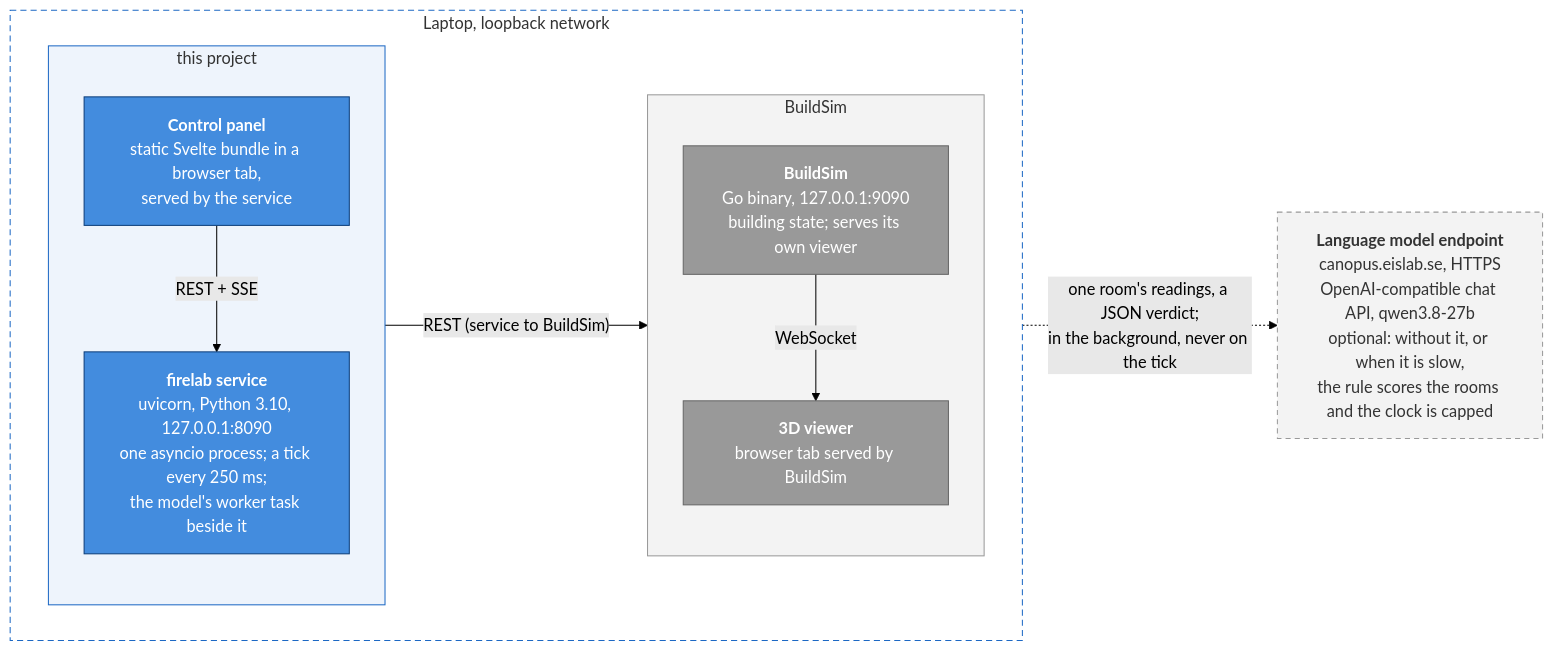
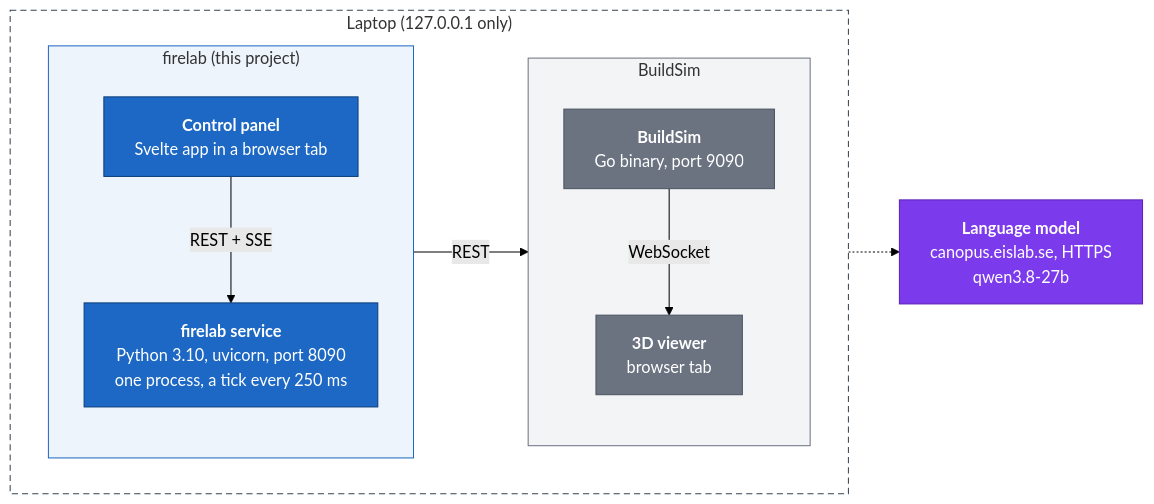
One commit to Ekpenyong-Esu/BuildSim-FireDetection changed the diagram in firelab/Embedded_Intelligence_at_the_edge_Project_Proposal/images/deploy.mmd. Above: the diagram before and after it, drawn with Mermaid (forest theme). The commit also changed 30 other files, not shown here.

```diff
--- a/firelab/Embedded_Intelligence_at_the_edge_Project_Proposal/images/deploy.mmd
+++ b/firelab/Embedded_Intelligence_at_the_edge_Project_Proposal/images/deploy.mmd
@@ -1,29 +1,30 @@
-%% Deployment view: two processes, two tabs, loopback only; one optional call out
+%%{init: {"flowchart": {"wrappingWidth": 320}}}%%
+%% Deployment view: two processes and two browser tabs on one laptop, one call out
 flowchart LR
-  subgraph LAPTOP["Laptop, loopback network"]
+  subgraph LAPTOP["Laptop (127.0.0.1 only)"]
     direction LR
-    subgraph FIRE["this project"]
+    subgraph FIRE["firelab (this project)"]
       direction TB
-      PANEL["<b>Control panel</b><br/>static Svelte bundle in a browser tab,<br/>served by the service"]
-      SVC["<b>firelab service</b><br/>uvicorn, Python 3.10, 127.0.0.1:8090<br/>one asyncio process; a tick every 250 ms;<br/>the model's worker task beside it"]
+      PANEL["<b>Control panel</b><br/>Svelte app in a browser tab"]
+      SVC["<b>firelab service</b><br/>Python 3.10, uvicorn, port 8090<br/>one process, a tick every 250 ms"]
       PANEL -- "REST + SSE" --> SVC
     end
     subgraph BSIDE["BuildSim"]
       direction TB
-      BS["<b>BuildSim</b><br/>Go binary, 127.0.0.1:9090<br/>building state; serves its own viewer"]
-      VIEWER["<b>3D viewer</b><br/>browser tab served by BuildSim"]
+      BS["<b>BuildSim</b><br/>Go binary, port 9090"]
+      VIEWER["<b>3D viewer</b><br/>browser tab"]
       BS -- WebSocket --> VIEWER
     end
-    FIRE -- "REST (service to BuildSim)" --> BSIDE
+    FIRE -- REST --> BSIDE
   end
-  LLM["<b>Language model endpoint</b><br/>canopus.eislab.se, HTTPS<br/>OpenAI-compatible chat API, qwen3.8-27b<br/>optional: without it, or when it is slow,<br/>the rule scores the rooms and the clock is capped"]
-  SVC -. "one room's readings, a JSON verdict;<br/>in the background, never on the tick" .-> LLM
-  classDef cont fill:#438cde,stroke:#0b3d7a,color:#ffffff
-  classDef ext fill:#999999,stroke:#666666,color:#ffffff
-  classDef cloud fill:#f3f3f3,stroke:#999999,stroke-dasharray:5 4,color:#333333
+  LLM["<b>Language model</b><br/>canopus.eislab.se, HTTPS<br/>qwen3.8-27b"]
+  FIRE -.-> LLM
+  classDef cont fill:#1c68c4,stroke:#0b3d7a,color:#ffffff
+  classDef ext fill:#6b7280,stroke:#4b5563,color:#ffffff
+  classDef model fill:#7c3aed,stroke:#5b21b6,color:#ffffff
   class SVC,PANEL cont
   class BS,VIEWER ext
-  class LLM cloud
-  style LAPTOP fill:#ffffff,stroke:#1c68c4,stroke-dasharray:6 4
+  class LLM model
+  style LAPTOP fill:#ffffff,stroke:#374151,stroke-dasharray:6 4
   style FIRE fill:#eef4fc,stroke:#1c68c4
-  style BSIDE fill:#f3f3f3,stroke:#999999
+  style BSIDE fill:#f3f4f6,stroke:#6b7280
```
